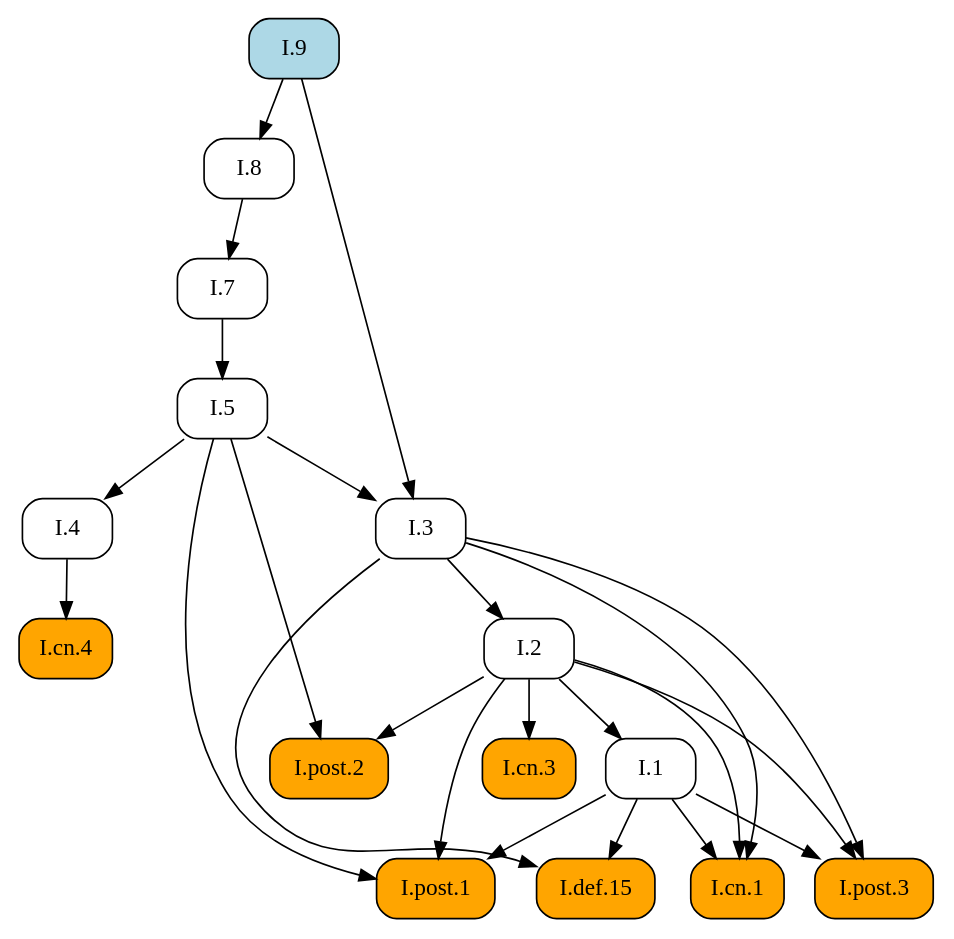
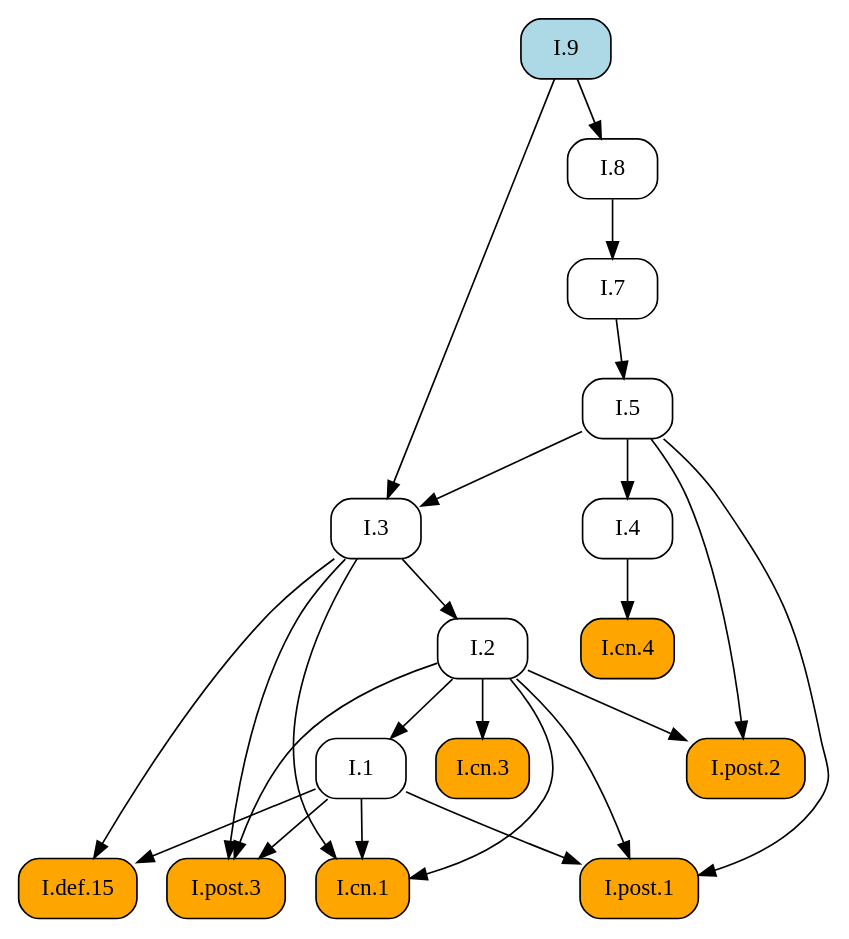
The diagram in docsrc/heath/I/9/index.rst (geometor/elements), drawn with Graphviz before and after one commit. The commit also changed other lines of this file and 1029 other files, not shown here.

```diff
--- a/docsrc/heath/I/9/index.rst
+++ b/docsrc/heath/I/9/index.rst
@@ -44,44 +44,44 @@
 .. graphviz::
 
    digraph {
      rankdir="TB";
      node [shape=box, style=rounded];
      "I.def.15" [style="rounded,filled", fillcolor=orange, URL="/heath/I/def.15/", target="_top"];
+     "I.9" [style="rounded,filled", fillcolor=lightblue, URL="/heath/I/9/", target="_top"];
+     "I.post.3" [style="rounded,filled", fillcolor=orange, URL="/heath/I/post.3/", target="_top"];
      "I.1" [URL="/heath/I/1/", target="_top"];
-     "I.post.3" [style="rounded,filled", fillcolor=orange, URL="/heath/I/post.3/", target="_top"];
+     "I.cn.1" [style="rounded,filled", fillcolor=orange, URL="/heath/I/cn.1/", target="_top"];
+     "I.7" [URL="/heath/I/7/", target="_top"];
+     "I.3" [URL="/heath/I/3/", target="_top"];
      "I.cn.3" [style="rounded,filled", fillcolor=orange, URL="/heath/I/cn.3/", target="_top"];
+     "I.8" [URL="/heath/I/8/", target="_top"];
+     "I.2" [URL="/heath/I/2/", target="_top"];
+     "I.4" [URL="/heath/I/4/", target="_top"];
+     "I.cn.4" [style="rounded,filled", fillcolor=orange, URL="/heath/I/cn.4/", target="_top"];
      "I.post.1" [style="rounded,filled", fillcolor=orange, URL="/heath/I/post.1/", target="_top"];
+     "I.post.2" [style="rounded,filled", fillcolor=orange, URL="/heath/I/post.2/", target="_top"];
      "I.5" [URL="/heath/I/5/", target="_top"];
-     "I.7" [URL="/heath/I/7/", target="_top"];
-     "I.4" [URL="/heath/I/4/", target="_top"];
-     "I.3" [URL="/heath/I/3/", target="_top"];
-     "I.cn.4" [style="rounded,filled", fillcolor=orange, URL="/heath/I/cn.4/", target="_top"];
-     "I.8" [URL="/heath/I/8/", target="_top"];
-     "I.9" [style="rounded,filled", fillcolor=lightblue, URL="/heath/I/9/", target="_top"];
-     "I.cn.1" [style="rounded,filled", fillcolor=orange, URL="/heath/I/cn.1/", target="_top"];
-     "I.post.2" [style="rounded,filled", fillcolor=orange, URL="/heath/I/post.2/", target="_top"];
-     "I.2" [URL="/heath/I/2/", target="_top"];
      "I.1" -> "I.def.15";
      "I.3" -> "I.def.15";
-     "I.2" -> "I.1";
      "I.1" -> "I.post.3";
      "I.2" -> "I.post.3";
      "I.3" -> "I.post.3";
+     "I.2" -> "I.1";
+     "I.1" -> "I.cn.1";
+     "I.2" -> "I.cn.1";
+     "I.3" -> "I.cn.1";
+     "I.8" -> "I.7";
+     "I.5" -> "I.3";
+     "I.9" -> "I.3";
      "I.2" -> "I.cn.3";
+     "I.9" -> "I.8";
+     "I.3" -> "I.2";
+     "I.5" -> "I.4";
+     "I.4" -> "I.cn.4";
      "I.1" -> "I.post.1";
      "I.2" -> "I.post.1";
      "I.5" -> "I.post.1";
-     "I.7" -> "I.5";
-     "I.8" -> "I.7";
-     "I.5" -> "I.4";
-     "I.5" -> "I.3";
-     "I.9" -> "I.3";
-     "I.4" -> "I.cn.4";
-     "I.9" -> "I.8";
-     "I.1" -> "I.cn.1";
-     "I.2" -> "I.cn.1";
-     "I.3" -> "I.cn.1";
      "I.2" -> "I.post.2";
      "I.5" -> "I.post.2";
-     "I.3" -> "I.2";
+     "I.7" -> "I.5";
    }
```
